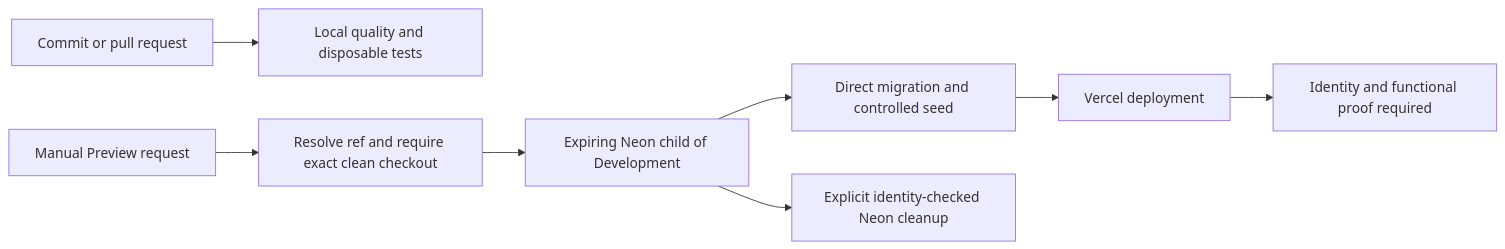
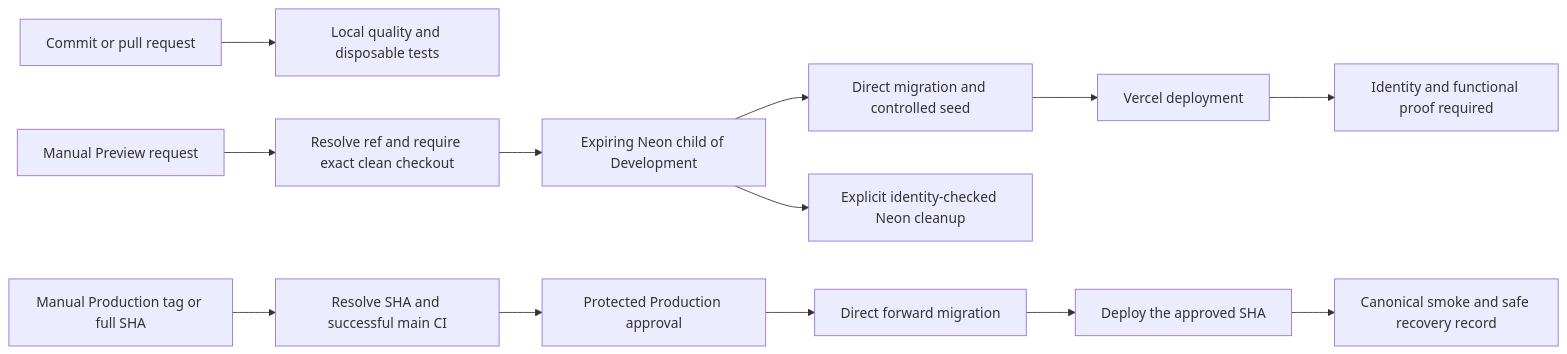
One commit to michi-guns/nextjs-todo-list-example changed the diagram in docs/architecture/environments.md. Above: the diagram before and after it, drawn with Mermaid. The commit also changed other lines of this file and 9 other files, not shown here.

````diff
--- a/docs/architecture/environments.md
+++ b/docs/architecture/environments.md
@@ -19,10 +19,15 @@
 ```mermaid
 flowchart LR
   Commit[Commit or pull request] --> CI[Local quality and disposable tests]
   Request[Manual Preview request] --> Ref[Resolve ref and require exact clean checkout]
   Ref --> Neon[Expiring Neon child of Development]
   Neon --> Seed[Direct migration and controlled seed]
   Seed --> Vercel[Vercel deployment]
   Vercel --> Smoke[Identity and functional proof required]
   Neon --> Cleanup[Explicit identity-checked Neon cleanup]
+  Release[Manual Production tag or full SHA] --> Exact[Resolve SHA and successful main CI]
+  Exact --> Approval[Protected Production approval]
+  Approval --> Migration[Direct forward migration]
+  Migration --> Deploy[Deploy the approved SHA]
+  Deploy --> Evidence[Canonical smoke and safe recovery record]
 ```
````
